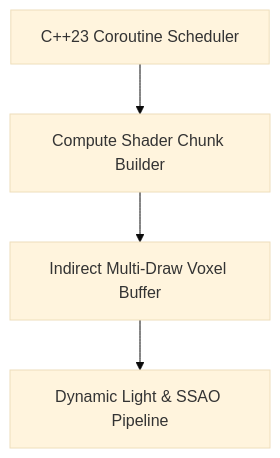
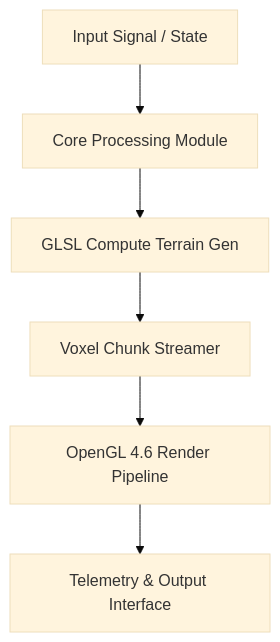
Before and after one commit to Jirnyak/gigahrush2: the diagram in README.md, drawn with Mermaid (base theme). The commit also changed other lines of this file, not shown here.

Commit message:
feat: add illustrated README with OpenGL voxel engine concept art

````diff
--- a/README.md
+++ b/README.md
@@ -34,6 +66,8 @@
 ```mermaid
 graph TD
-    A[C++23 Coroutine Scheduler] --> B[Compute Shader Chunk Builder]
-    B --> C[Indirect Multi-Draw Voxel Buffer]
-    C --> D[Dynamic Light & SSAO Pipeline]
+    A[Input Signal / State] --> B[Core Processing Module]
+    B --> C[GLSL Compute Terrain Gen]
+    C --> D[Voxel Chunk Streamer]
+    D --> E[OpenGL 4.6 Render Pipeline]
+    E --> F[Telemetry & Output Interface]
 ```
````
